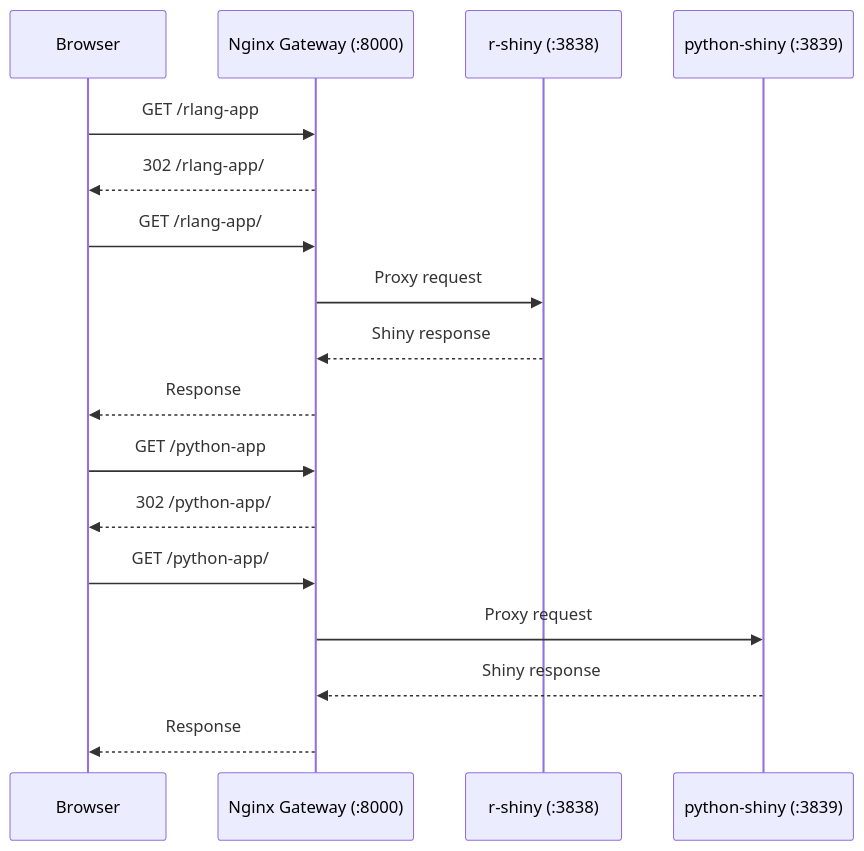
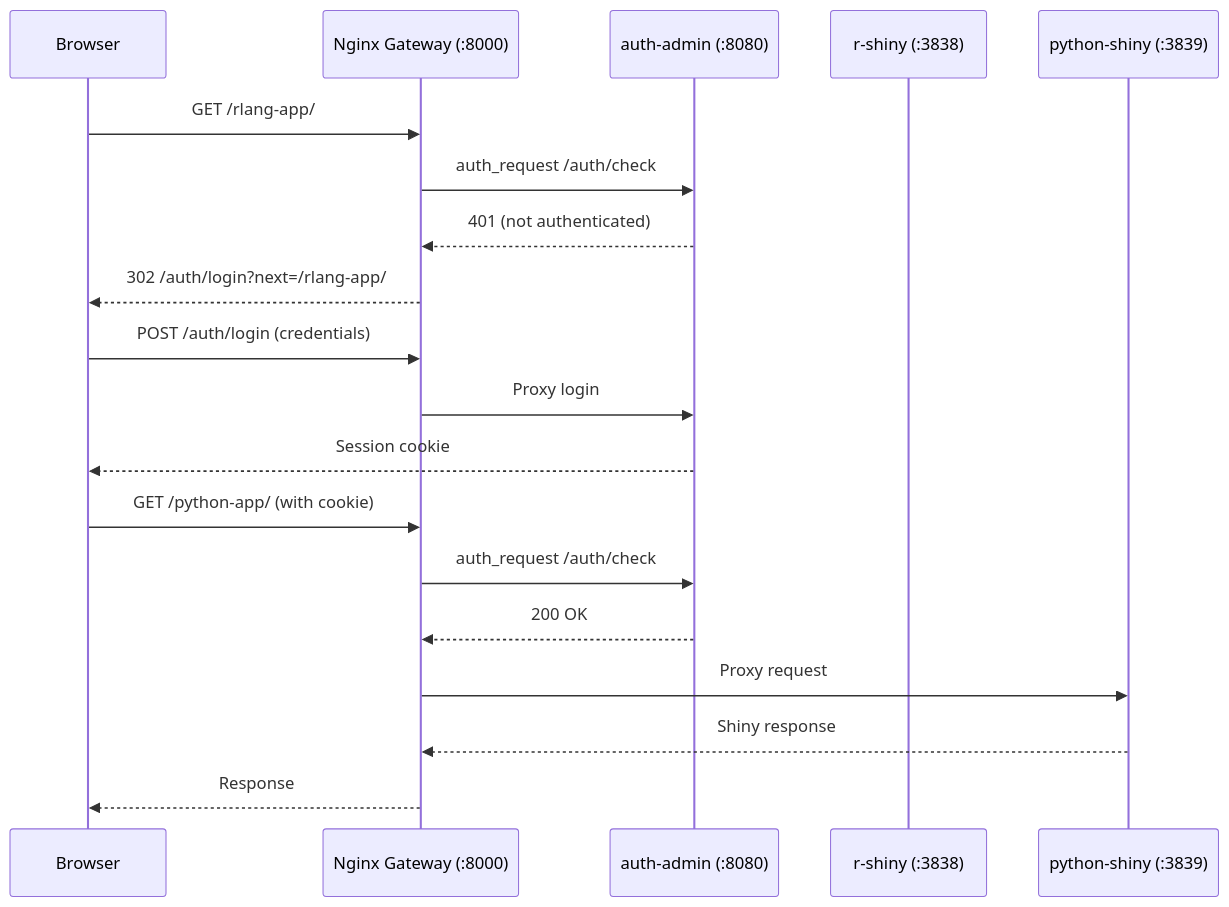
Before and after one commit to Bio2Byte/shiny-web-container: the second of 3 diagrams in README.md, drawn with Mermaid. The commit also changed other lines of this file and 14 other files, not shown here.

````diff
--- a/README.md
+++ b/README.md
@@ -49,21 +60,22 @@
 ```mermaid
 sequenceDiagram
     participant B as Browser
     participant N as Nginx Gateway (:8000)
+    participant A as auth-admin (:8080)
     participant R as r-shiny (:3838)
     participant P as python-shiny (:3839)
 
-    B->>N: GET /rlang-app
-    N-->>B: 302 /rlang-app/
     B->>N: GET /rlang-app/
-    N->>R: Proxy request
-    R-->>N: Shiny response
-    N-->>B: Response
-
-    B->>N: GET /python-app
-    N-->>B: 302 /python-app/
-    B->>N: GET /python-app/
+    N->>A: auth_request /auth/check
+    A-->>N: 401 (not authenticated)
+    N-->>B: 302 /auth/login?next=/rlang-app/
+    B->>N: POST /auth/login (credentials)
+    N->>A: Proxy login
+    A-->>B: Session cookie
+    B->>N: GET /python-app/ (with cookie)
+    N->>A: auth_request /auth/check
+    A-->>N: 200 OK
     N->>P: Proxy request
     P-->>N: Shiny response
     N-->>B: Response
 ```
````
